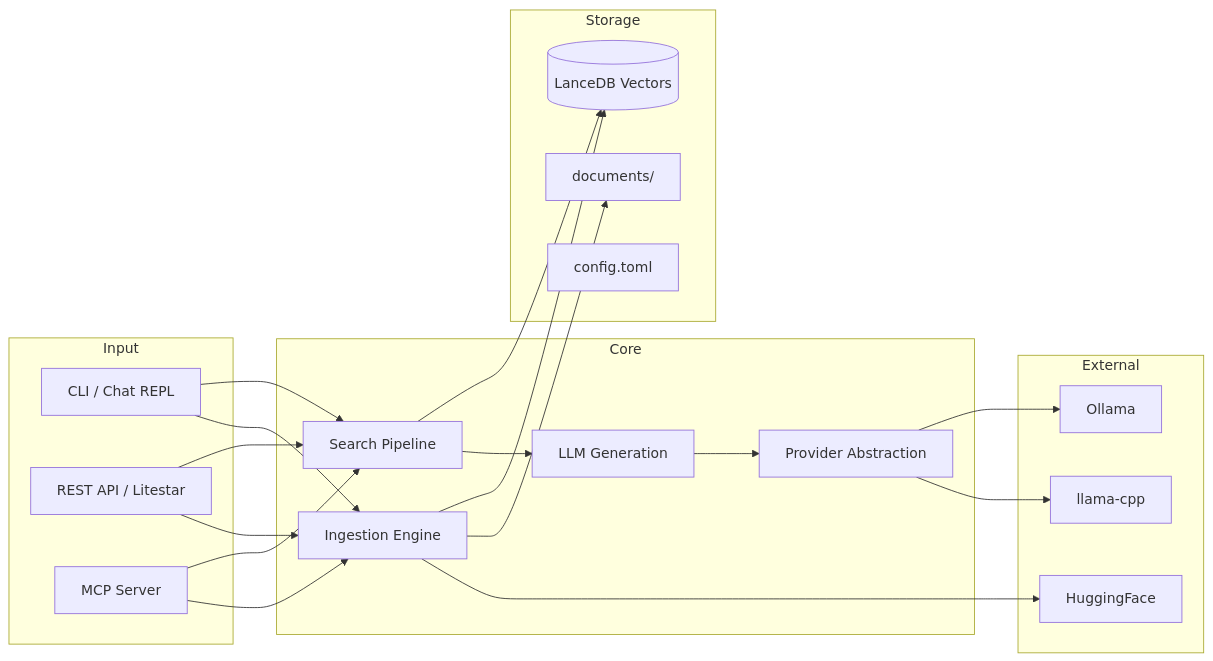
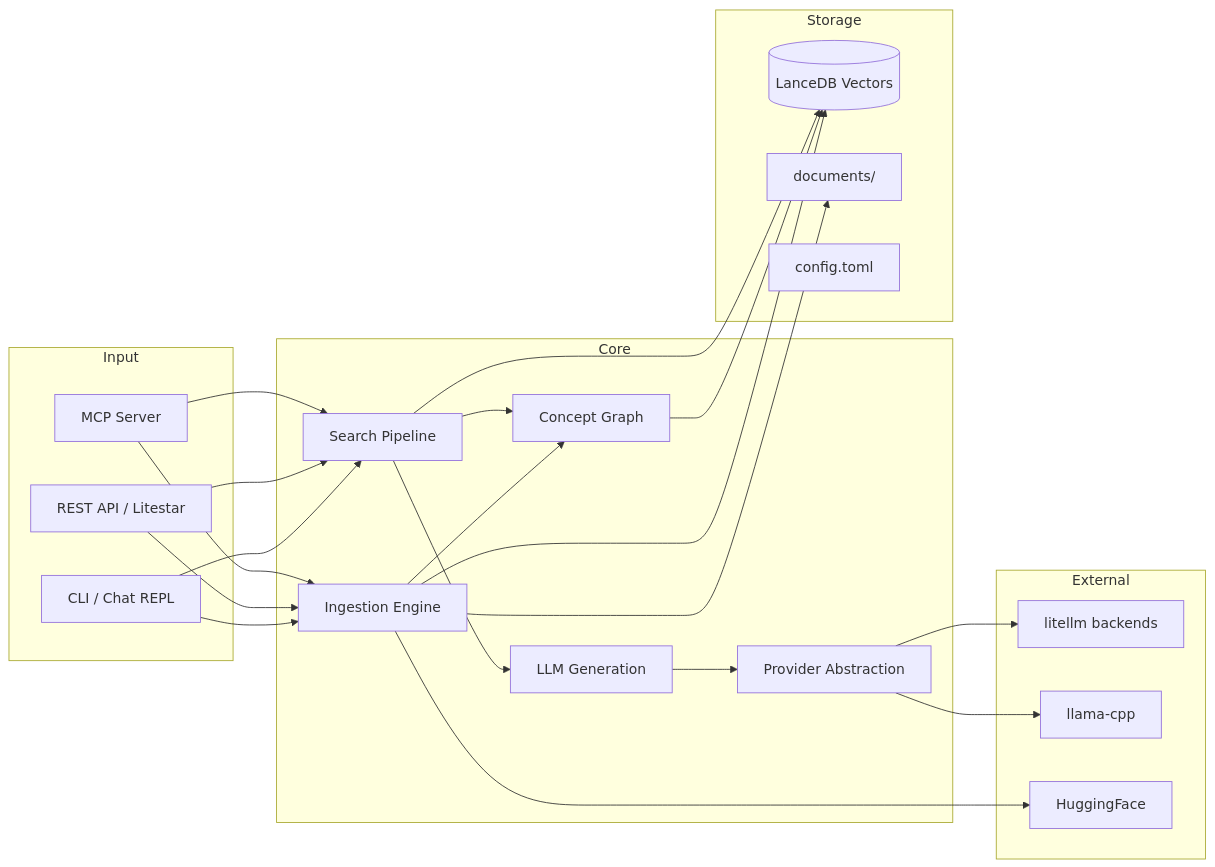
The first of 3 diagrams in docs/architecture.md (tobocop2/lilbee), drawn with Mermaid before and after one commit. The commit also changed other lines of this file and 48 other files, not shown here.

````diff
--- a/docs/architecture.md
+++ b/docs/architecture.md
@@ -15,38 +15,42 @@
 ```mermaid
 flowchart LR
     subgraph Input
         CLI[CLI / Chat REPL]
         API[REST API / Litestar]
         MCP[MCP Server]
     end
 
     subgraph Core
         INGEST[Ingestion Engine]
+        CONCEPT[Concept Graph]
         SEARCH[Search Pipeline]
         GEN[LLM Generation]
         PROV[Provider Abstraction]
     end
 
     subgraph Storage
         LANCE[(LanceDB Vectors)]
         DOCS[documents/]
         CONF[config.toml]
     end
 
     subgraph External
-        OLLAMA[Ollama]
+        LITELLM[litellm backends]
         LLAMA[llama-cpp]
         HF[HuggingFace]
     end
 
     CLI --> SEARCH & INGEST
     API --> SEARCH & INGEST
     MCP --> SEARCH & INGEST
 
     INGEST --> LANCE & DOCS
+    INGEST --> CONCEPT
+    CONCEPT --> LANCE
     SEARCH --> LANCE
+    SEARCH --> CONCEPT
     SEARCH --> GEN
     GEN --> PROV
-    PROV --> OLLAMA & LLAMA
+    PROV --> LITELLM & LLAMA
     INGEST --> HF
 ```
````
